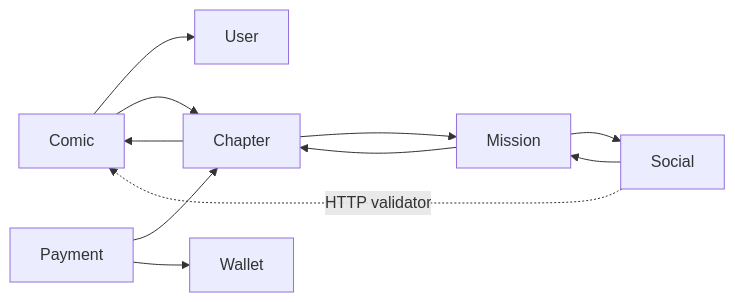
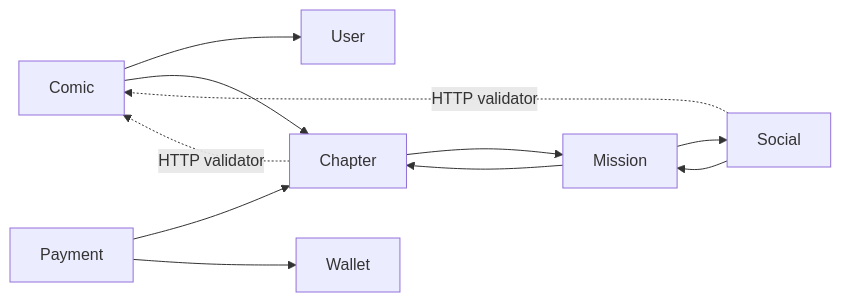
Before and after one commit to YODDON/Comic_Management: the diagram in docs/COMMUNICATION.md, drawn with Mermaid. The commit also changed other lines of this file and 12 other files, not shown here.

Commit message:
refactor: decouple ComicAPI and ChapterAPI using Event-Driven pattern

````diff
--- a/docs/COMMUNICATION.md
+++ b/docs/COMMUNICATION.md
@@ -99,13 +97,13 @@
 ```mermaid
 flowchart LR
     Comic --> User
     Comic --> Chapter
-    Chapter --> Comic
     Chapter --> Mission
     Social --> Mission
     Mission --> Chapter
     Mission --> Social
     Payment --> Chapter
     Payment --> Wallet
     Social -. HTTP validator .-> Comic
+    Chapter -. HTTP validator .-> Comic
 ```
````
